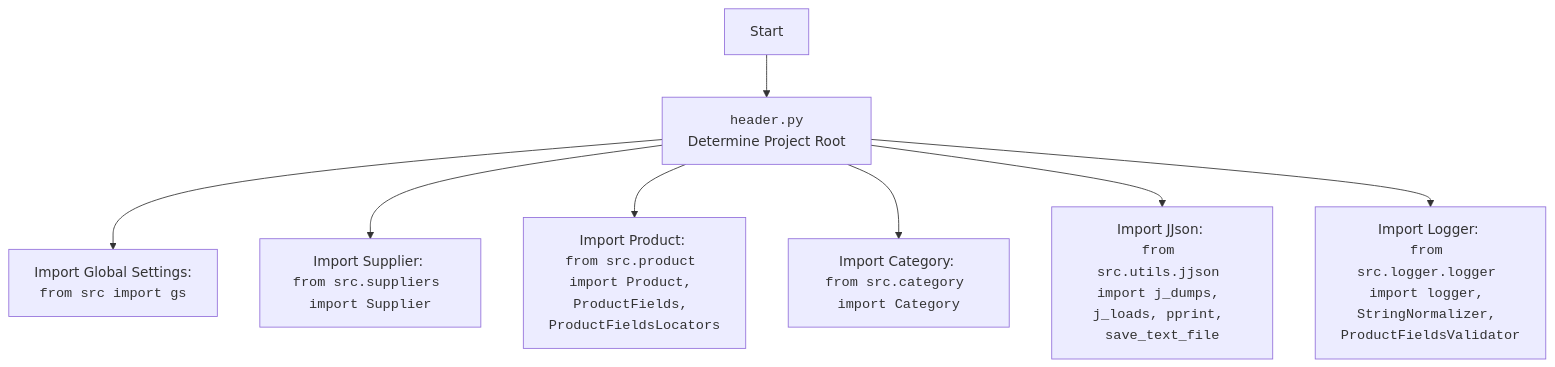
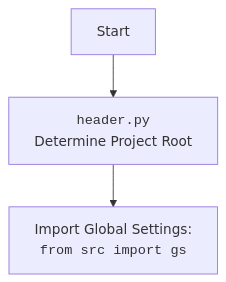
Before and after one commit to hypo69/hypo: the second of 2 diagrams in docs/gemini/ru/explainer/src/templates/_examples/header.py.md, drawn with Mermaid. The commit also changed other lines of this file and 1505 other files, not shown here.

````diff
--- a/docs/gemini/ru/explainer/src/templates/_examples/header.py.md
+++ b/docs/gemini/ru/explainer/src/templates/_examples/header.py.md
@@ -66,12 +55,6 @@
 ```mermaid
 flowchart TD
     Start --> Header[<code>header.py</code><br> Determine Project Root]
 
-    Header --> ImportGlobalSettings[Import Global Settings: <br><code>from src import gs</code>]
-    Header --> ImportSupplier[Import Supplier: <br><code>from src.suppliers import Supplier</code>]
-    Header --> ImportProduct[Import Product: <br><code>from src.product import Product, ProductFields, ProductFieldsLocators</code>]
-    Header --> ImportCategory[Import Category: <br><code>from src.category import Category</code>]
-    Header --> ImportJJson[Import JJson: <br><code>from src.utils.jjson import j_dumps, j_loads, pprint, save_text_file</code>]
-    Header --> ImportLogger[Import Logger: <br><code>from src.logger.logger import logger, StringNormalizer, ProductFieldsValidator</code>]
-    
+    Header --> import[Import Global Settings: <br><code>from src import gs</code>]
 ```
````
